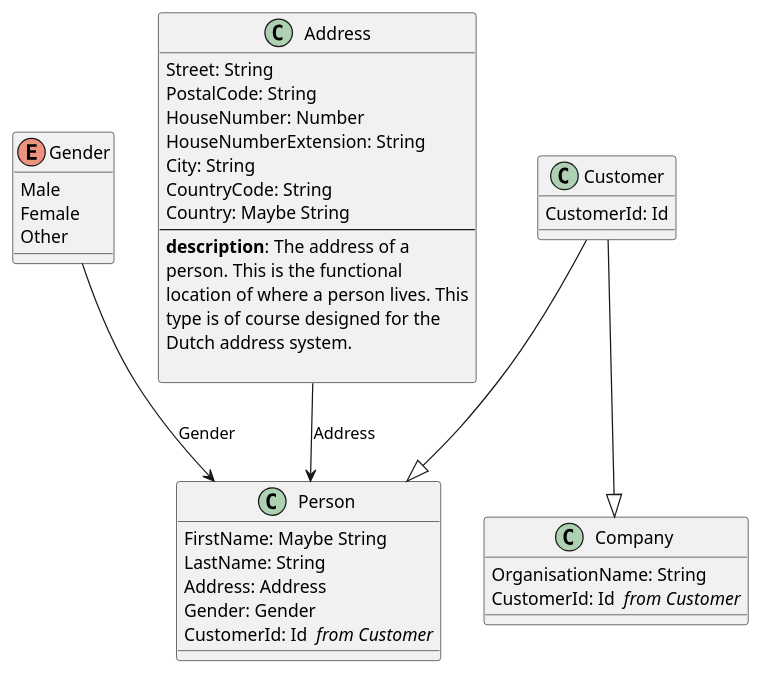
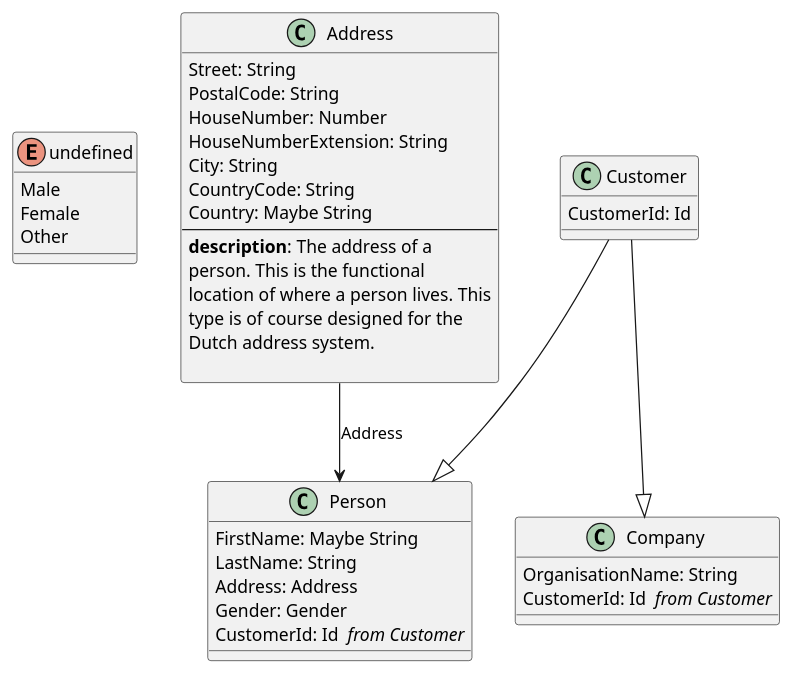
The diagram in Examples/.out/v0.0.1/Customer/Customer.puml (Baudin999/car-lang), drawn with PlantUML before and after one commit. The commit also changed 50 other files, not shown here.

Commit message:
Added a few DDD themes like Aggregates to the compiler. Also added flows which should represent ideas like Functions or Service Calls

```diff
--- a/Examples/.out/v0.0.1/Customer/Customer.puml
+++ b/Examples/.out/v0.0.1/Customer/Customer.puml
@@ -1,39 +1,38 @@
-enum Gender {
+enum undefined {
 	Male
 	Female
 	Other
 }
 class "Address" as Address  {
 	Street: String 
 	PostalCode: String 
 	HouseNumber: Number 
 	HouseNumberExtension: String 
 	City: String 
 	CountryCode: String 
 	Country: Maybe String
 --
   <b>description</b>: The address of a
  person. This is the functional
  location of where a person lives. This
  type is of course designed for the
  Dutch address system.
     
 }
 class "Person " as Person  {
 	FirstName: Maybe String
 	LastName: String 
 	Address: Address 
 	Gender: Gender 
 	CustomerId: Id  <i>from Customer</i>
 }
 Address --> Person : Address
-Gender --> Person : Gender
 Customer --|> Person
 class "Company " as Company  {
 	OrganisationName: String 
 	CustomerId: Id  <i>from Customer</i>
 }
 Customer --|> Company
 class "Customer" as Customer  {
 	CustomerId: Id 
 }
```
